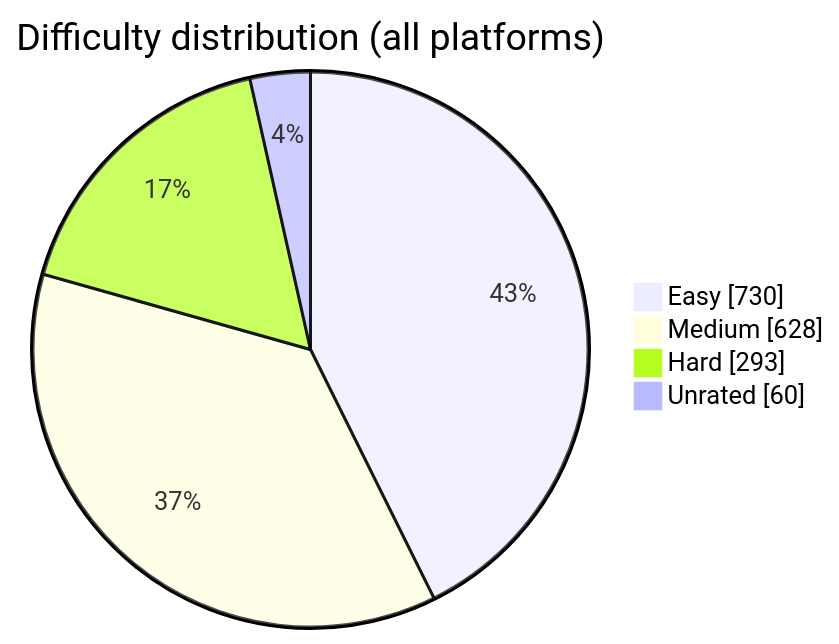
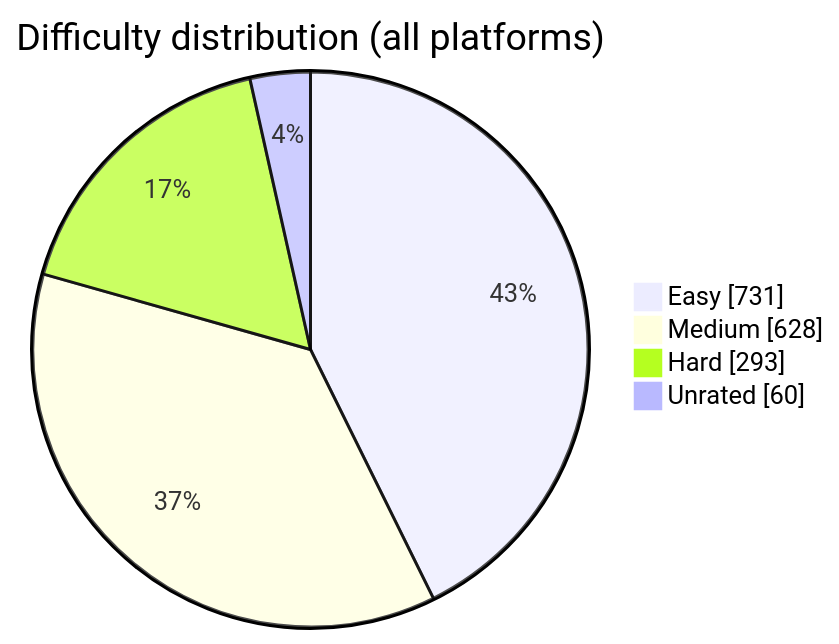
Before and after one commit to BuildbyArindam/Daily-Coding-Log: the diagram in README.md, drawn with Mermaid. The commit also changed other lines of this file, not shown here.

````diff
--- a/README.md
+++ b/README.md
@@ -93,7 +93,7 @@
 ```mermaid
 pie showData title Difficulty distribution (all platforms)
-    "Easy" : 730
+    "Easy" : 731
     "Medium" : 628
     "Hard" : 293
     "Unrated" : 60
 ```
````
